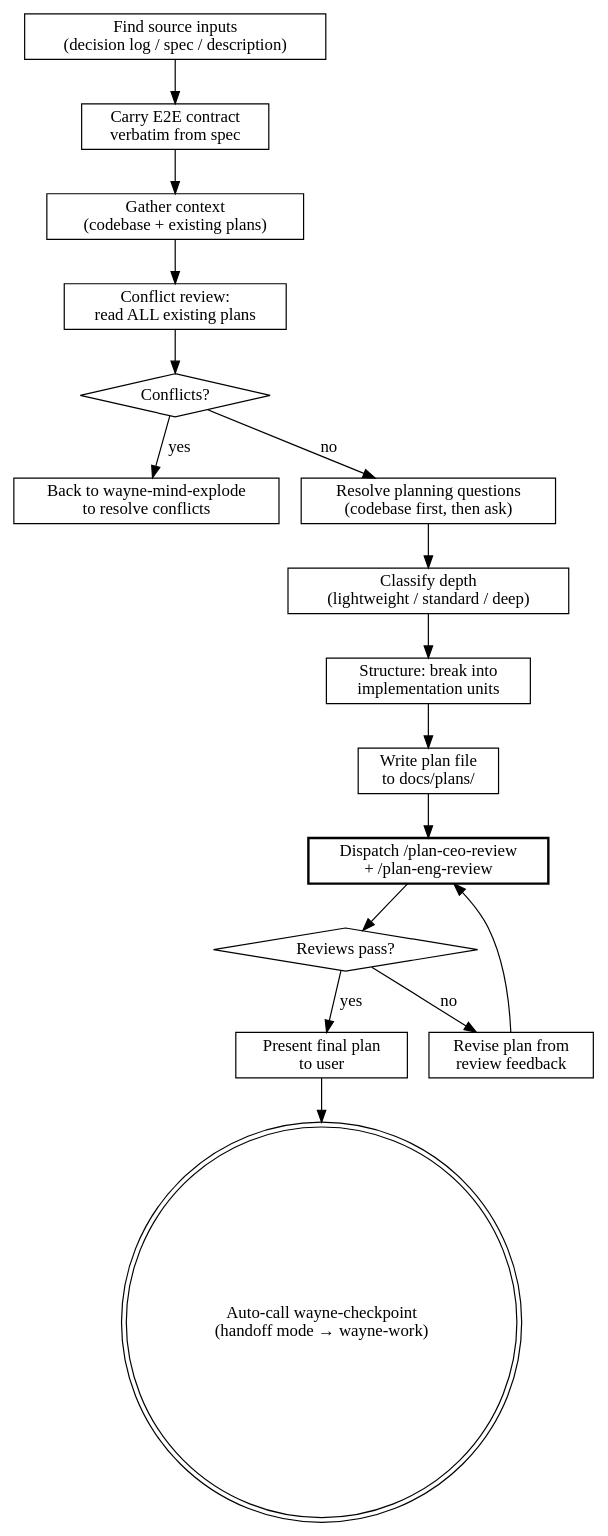
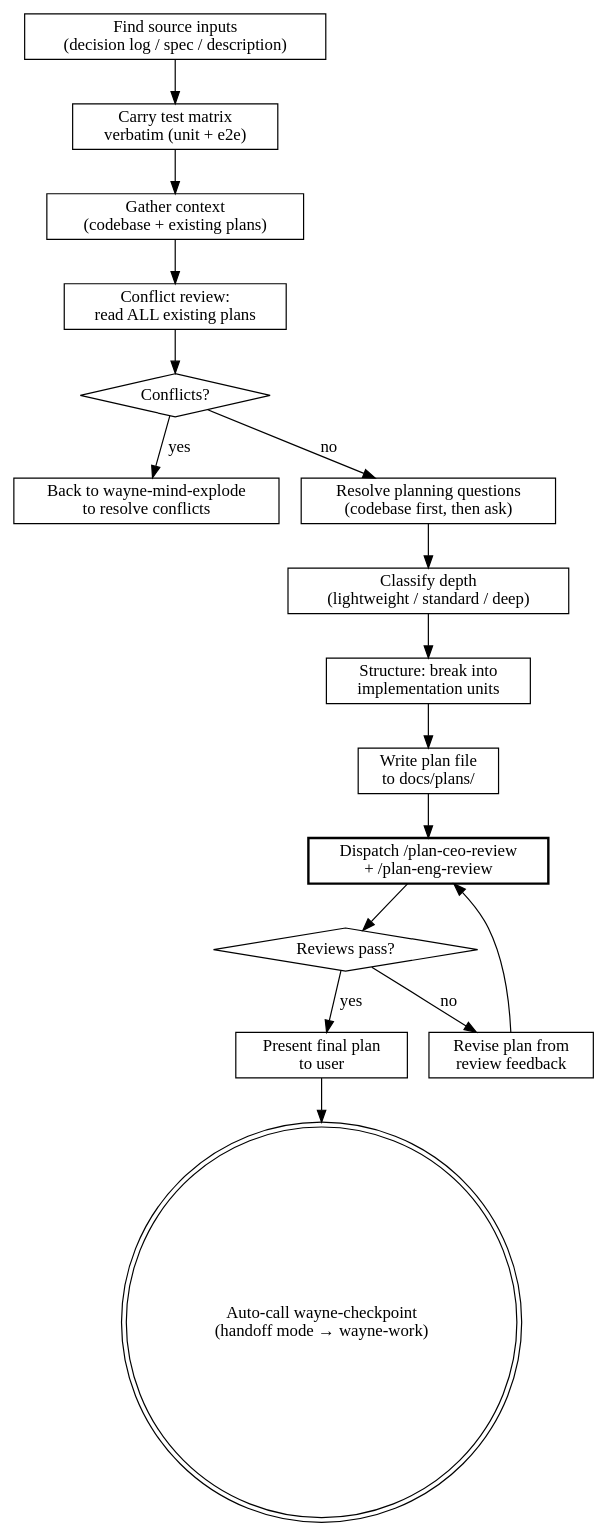
One commit to waynejing995/wayne-taste changed the diagram in wayne-plan/SKILL.md. Above: the diagram before and after it, drawn with Graphviz. The commit also changed other lines of this file and 7 other files, not shown here.

````diff
--- a/wayne-plan/SKILL.md
+++ b/wayne-plan/SKILL.md
@@ -75,37 +75,37 @@
 ```dot
 digraph plan {
     rankdir=TB;
 
     "Find source inputs\n(decision log / spec / description)" [shape=box];
-    "Carry E2E contract\nverbatim from spec" [shape=box];
+    "Carry test matrix\nverbatim (unit + e2e)" [shape=box];
     "Gather context\n(codebase + existing plans)" [shape=box];
     "Conflict review:\nread ALL existing plans" [shape=box];
     "Conflicts?" [shape=diamond];
     "Back to wayne-mind-explode\nto resolve conflicts" [shape=box];
     "Resolve planning questions\n(codebase first, then ask)" [shape=box];
     "Classify depth\n(lightweight / standard / deep)" [shape=box];
     "Structure: break into\nimplementation units" [shape=box];
     "Write plan file\nto docs/plans/" [shape=box];
     "Dispatch /plan-ceo-review\n+ /plan-eng-review" [shape=box, style=bold];
     "Reviews pass?" [shape=diamond];
     "Revise plan from\nreview feedback" [shape=box];
     "Present final plan\nto user" [shape=box];
     "Auto-call wayne-checkpoint\n(handoff mode → wayne-work)" [shape=doublecircle];
 
-    "Find source inputs\n(decision log / spec / description)" -> "Carry E2E contract\nverbatim from spec";
-    "Carry E2E contract\nverbatim from spec" -> "Gather context\n(codebase + existing plans)";
+    "Find source inputs\n(decision log / spec / description)" -> "Carry test matrix\nverbatim (unit + e2e)";
+    "Carry test matrix\nverbatim (unit + e2e)" -> "Gather context\n(codebase + existing plans)";
     "Gather context\n(codebase + existing plans)" -> "Conflict review:\nread ALL existing plans";
     "Conflict review:\nread ALL existing plans" -> "Conflicts?";
     "Conflicts?" -> "Back to wayne-mind-explode\nto resolve conflicts" [label="yes"];
     "Conflicts?" -> "Resolve planning questions\n(codebase first, then ask)" [label="no"];
     "Resolve planning questions\n(codebase first, then ask)" -> "Classify depth\n(lightweight / standard / deep)";
     "Classify depth\n(lightweight / standard / deep)" -> "Structure: break into\nimplementation units";
     "Structure: break into\nimplementation units" -> "Write plan file\nto docs/plans/";
     "Write plan file\nto docs/plans/" -> "Dispatch /plan-ceo-review\n+ /plan-eng-review";
     "Dispatch /plan-ceo-review\n+ /plan-eng-review" -> "Reviews pass?";
     "Reviews pass?" -> "Present final plan\nto user" [label="yes"];
     "Reviews pass?" -> "Revise plan from\nreview feedback" [label="no"];
     "Revise plan from\nreview feedback" -> "Dispatch /plan-ceo-review\n+ /plan-eng-review";
     "Present final plan\nto user" -> "Auto-call wayne-checkpoint\n(handoff mode → wayne-work)";
 }
 ```
````
